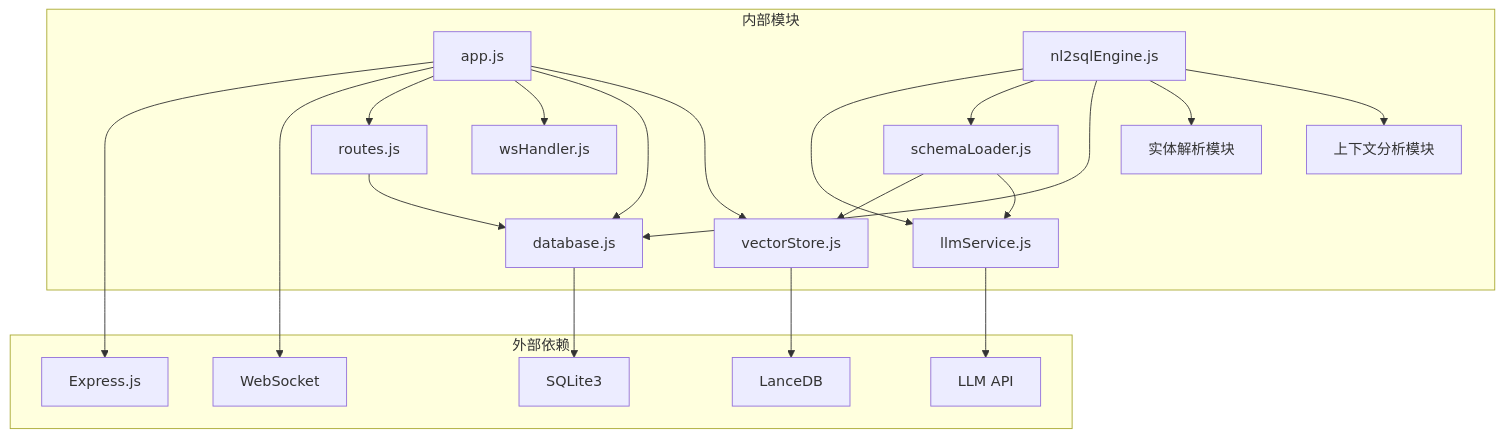
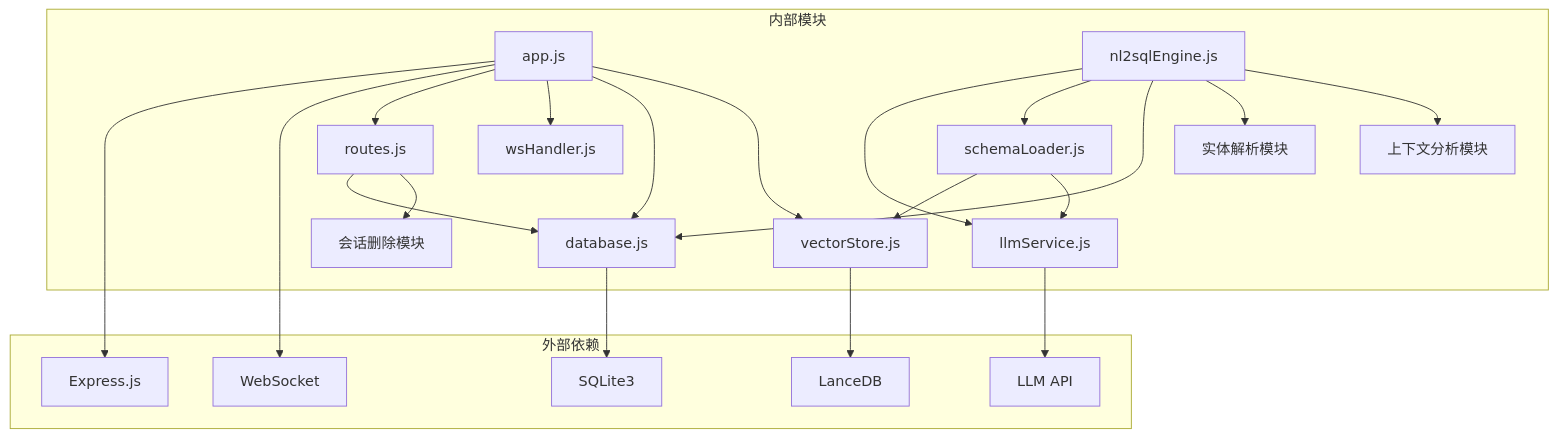
The tenth of 10 diagrams in .qoder/repowiki/zh/content/API参考/NL2SQL API参考.md (HanHuiOnLine/724-office), drawn with Mermaid before and after one commit. The commit also changed other lines of this file and 13 other files, not shown here.

````diff
--- a/.qoder/repowiki/zh/content/API参考/NL2SQL API参考.md
+++ b/.qoder/repowiki/zh/content/API参考/NL2SQL API参考.md
@@ -407,39 +501,41 @@
 ```mermaid
 graph TB
 subgraph "外部依赖"
 A[Express.js]
 B[WebSocket]
 C[SQLite3]
 D[LanceDB]
 E[LLM API]
 end
 subgraph "内部模块"
 F[app.js]
 G[routes.js]
 H[nl2sqlEngine.js]
 I[llmService.js]
 J[schemaLoader.js]
 K[database.js]
 L[vectorStore.js]
 M[wsHandler.js]
 N[实体解析模块]
 O[上下文分析模块]
+P[会话删除模块]
 end
 F --> A
 F --> B
 F --> G
 F --> M
 F --> K
 F --> L
 G --> K
 H --> I
 H --> J
 H --> K
 H --> N
 H --> O
 I --> E
 J --> L
 J --> I
 K --> C
 L --> D
+G --> P
 ```
````
